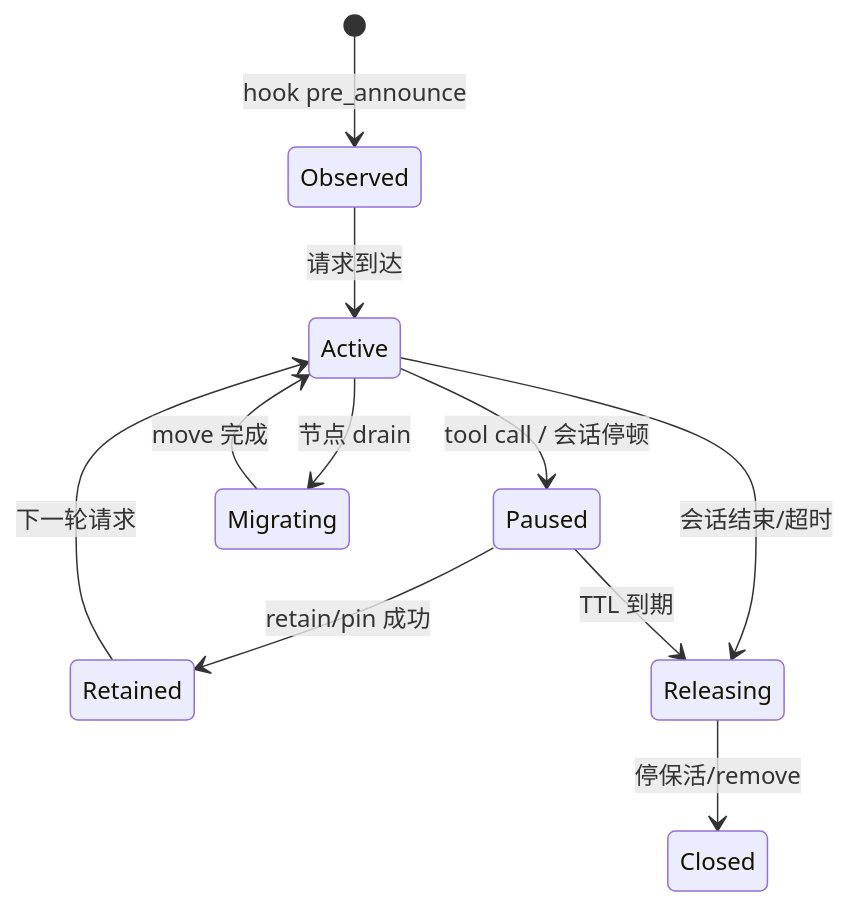
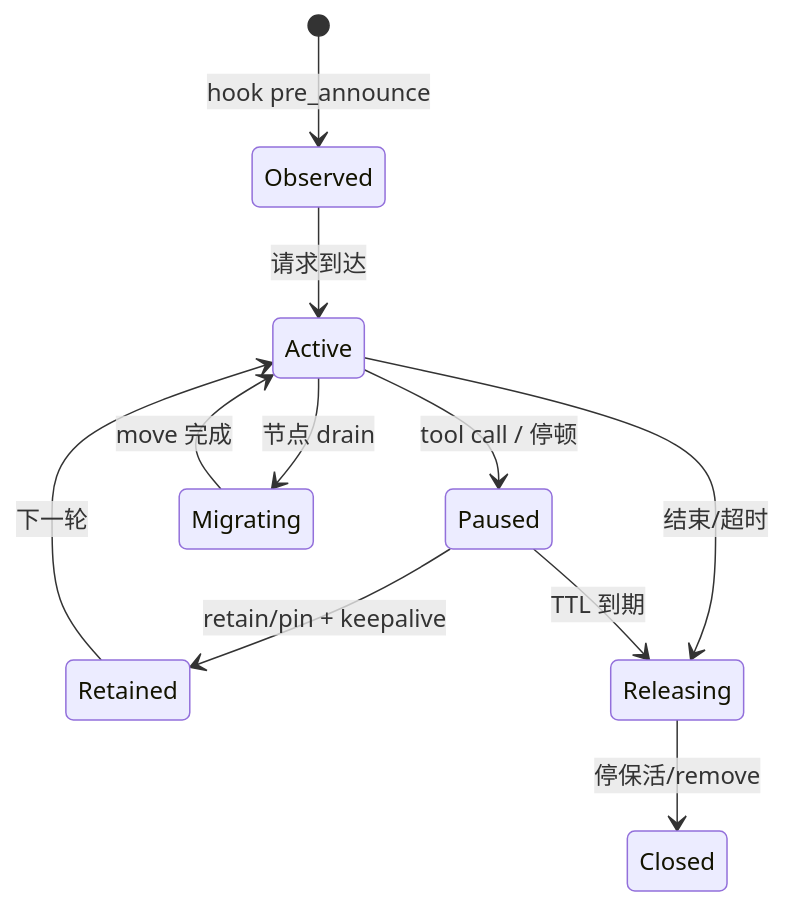
One commit to 5x8-40/lake changed the seventh of 14 diagrams in kvcm/design/D8-joint-scheduling.md. Above: the diagram before and after it, drawn with Mermaid. The commit also changed other lines of this file and 5 other files, not shown here.

````diff
--- a/kvcm/design/D8-joint-scheduling.md
+++ b/kvcm/design/D8-joint-scheduling.md
@@ -651,13 +361,13 @@
 ```mermaid
 stateDiagram-v2
     [*] --> Observed: hook pre_announce
     Observed --> Active: 请求到达
-    Active --> Paused: tool call / 会话停顿
-    Paused --> Retained: retain/pin 成功
-    Retained --> Active: 下一轮请求
-    Active --> Releasing: 会话结束/超时
+    Active --> Paused: tool call / 停顿
+    Paused --> Retained: retain/pin + keepalive
+    Retained --> Active: 下一轮
+    Active --> Releasing: 结束/超时
     Paused --> Releasing: TTL 到期
     Releasing --> Closed: 停保活/remove
     Active --> Migrating: 节点 drain
     Migrating --> Active: move 完成
 ```
````
